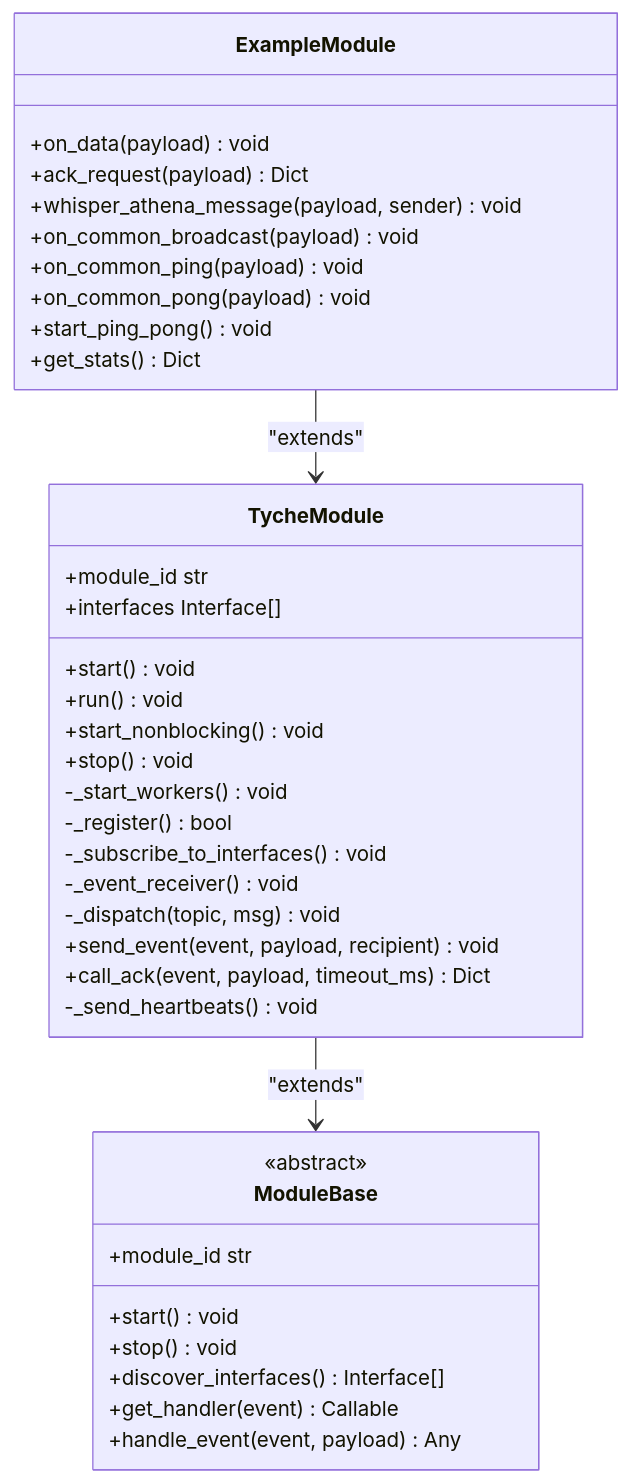
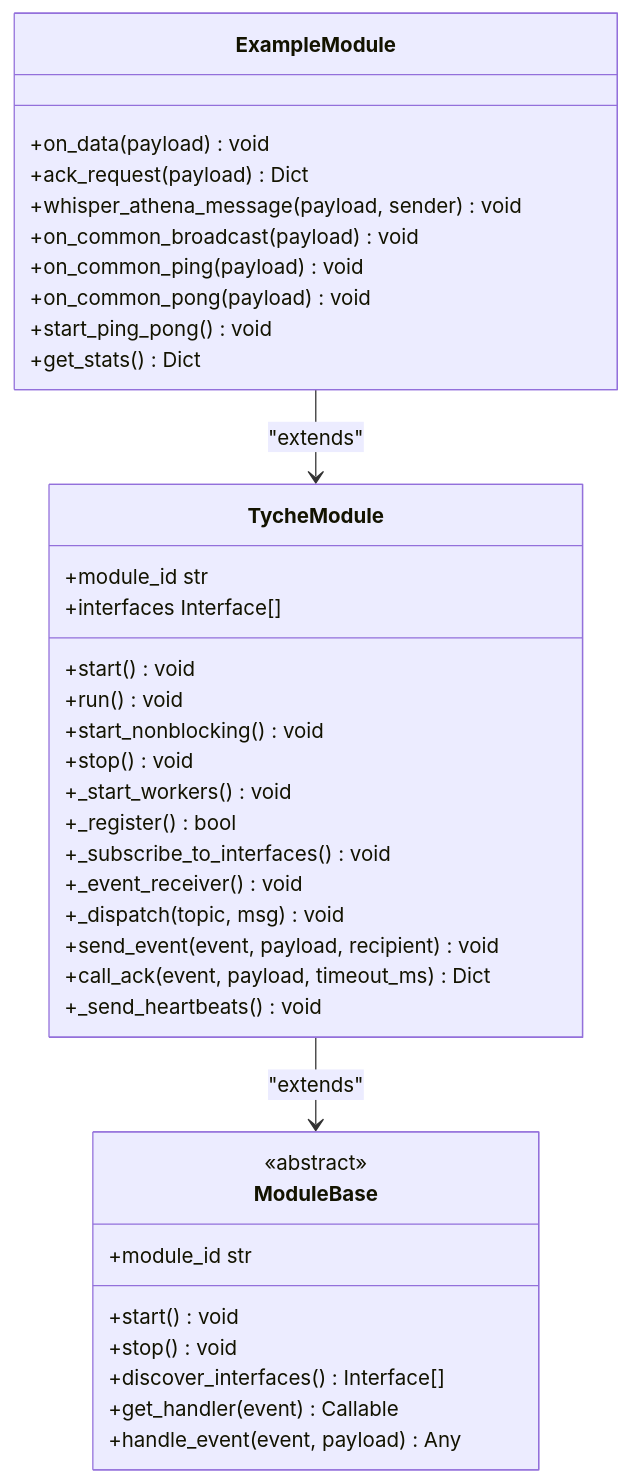
The fourth of 11 diagrams in .qoder/repowiki/en/content/Architecture Overview/Architecture Overview.md (zt281/TycheEngine), drawn with Mermaid before and after one commit. The commit also changed other lines of this file and 33 other files, not shown here.

````diff
--- a/.qoder/repowiki/en/content/Architecture Overview/Architecture Overview.md
+++ b/.qoder/repowiki/en/content/Architecture Overview/Architecture Overview.md
@@ -216,40 +291,40 @@
 ```mermaid
 classDiagram
 class TycheModule {
 +module_id str
 +interfaces Interface[]
 +start() void
 +run() void
 +start_nonblocking() void
 +stop() void
--_start_workers() void
--_register() bool
--_subscribe_to_interfaces() void
--_event_receiver() void
--_dispatch(topic, msg) void
++_start_workers() void
++_register() bool
++_subscribe_to_interfaces() void
++_event_receiver() void
++_dispatch(topic, msg) void
 +send_event(event, payload, recipient) void
 +call_ack(event, payload, timeout_ms) Dict
--_send_heartbeats() void
++_send_heartbeats() void
 }
 class ModuleBase {
 <<abstract>>
 +module_id str
 +start() void
 +stop() void
 +discover_interfaces() Interface[]
 +get_handler(event) Callable
 +handle_event(event, payload) Any
 }
 class ExampleModule {
 +on_data(payload) void
 +ack_request(payload) Dict
 +whisper_athena_message(payload, sender) void
 +on_common_broadcast(payload) void
 +on_common_ping(payload) void
 +on_common_pong(payload) void
 +start_ping_pong() void
 +get_stats() Dict
 }
 TycheModule --> ModuleBase : "extends"
 ExampleModule --> TycheModule : "extends"
 ```
````
